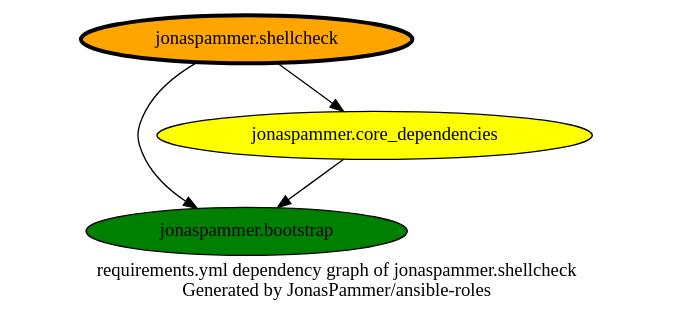
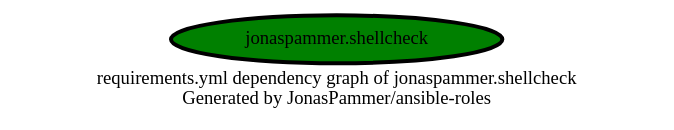
One commit to JonasPammer/ansible-roles changed the diagram in graphs/dependencies_shellcheck.dot. Above: the diagram before and after it, drawn with Graphviz. The commit also changed 32 other files, not shown here.

```diff
--- a/graphs/dependencies_shellcheck.dot
+++ b/graphs/dependencies_shellcheck.dot
@@ -1,14 +1,10 @@
 digraph hierarchy {
   label = "requirements.yml dependency graph of jonaspammer.shellcheck \n Generated by JonasPammer/ansible-roles" ;
   overlap=false
 
   {
-    "jonaspammer.shellcheck" [fillcolor=orange style=filled penwidth=3]
-    "jonaspammer.bootstrap" [fillcolor=green style=filled ]
-    "jonaspammer.core_dependencies" [fillcolor=yellow style=filled ]
+    "jonaspammer.shellcheck" [fillcolor=green style=filled penwidth=3]
   }
 
 
-  "jonaspammer.shellcheck" -> {"jonaspammer.bootstrap" "jonaspammer.core_dependencies"}
-  "jonaspammer.core_dependencies" -> {"jonaspammer.bootstrap"}
 }
```
